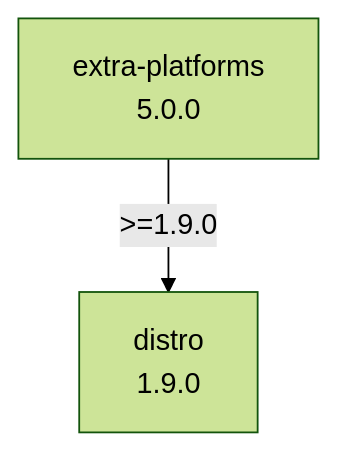
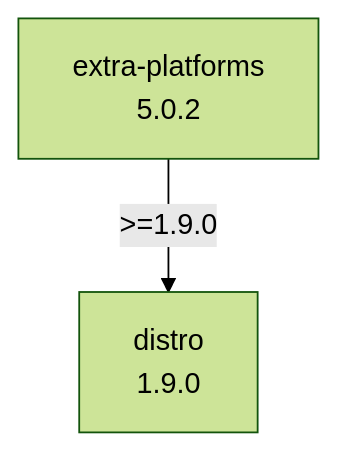
One commit to kdeldycke/extra-platforms changed the diagram in docs/assets/dependencies.mmd. Above: the diagram before and after it, drawn with Mermaid (forest theme).

Commit message:
[autofix] Regenerate dependency graph

```diff
--- a/docs/assets/dependencies.mmd
+++ b/docs/assets/dependencies.mmd
@@ -1,5 +1,5 @@
 flowchart TD
     classDef missing stroke-dasharray: 5
     distro["distro\n1.9.0"]
-    extra-platforms["extra-platforms\n5.0.0"]
+    extra-platforms["extra-platforms\n5.0.2"]
     extra-platforms -- ">=1.9.0" --> distro
```
